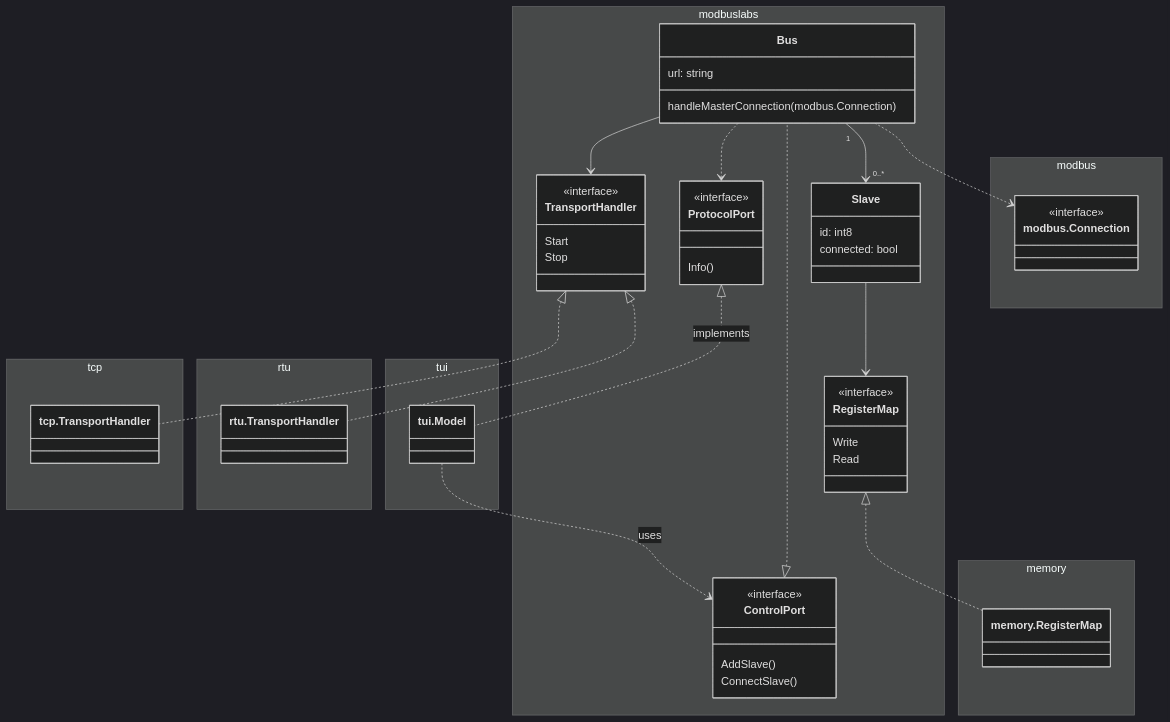
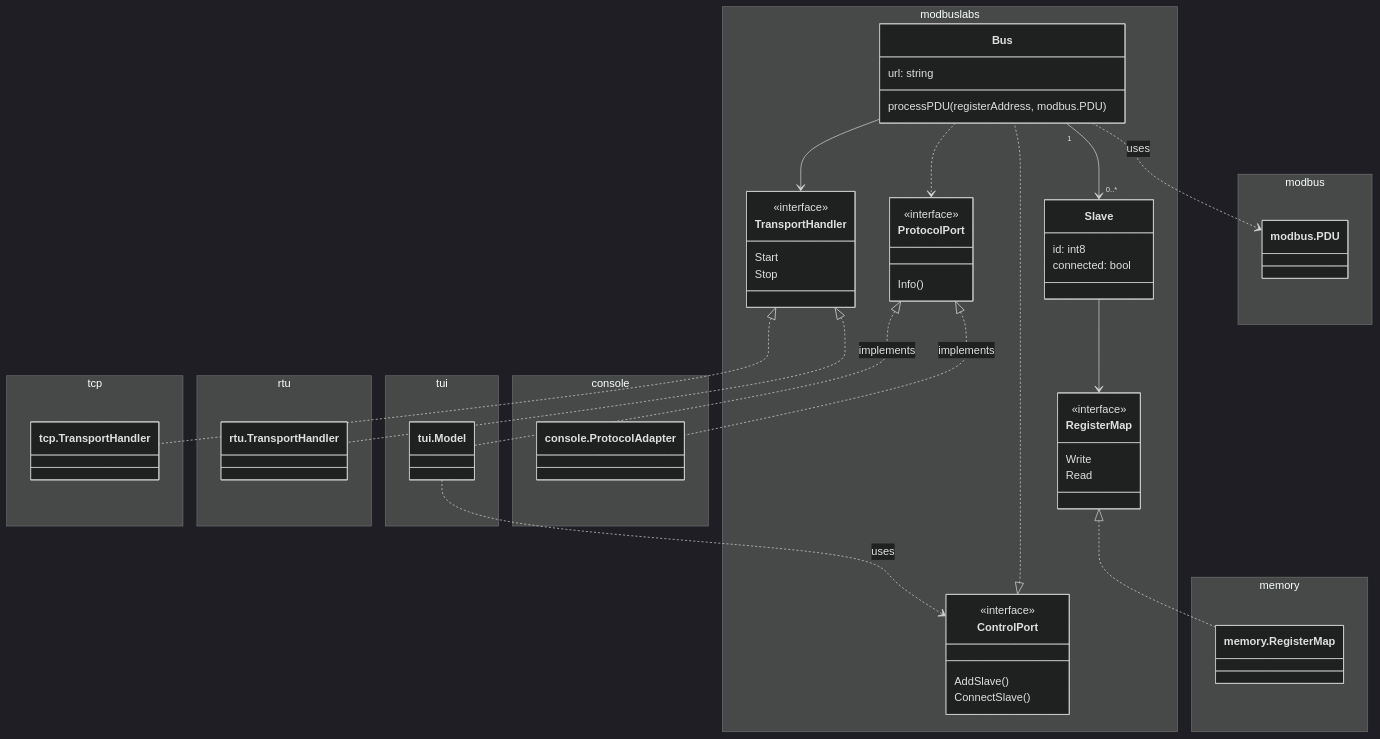
The diagram in docs/slavesim.mmd (rwirdemann/modbuslabs), drawn with Mermaid (dark theme) before and after one commit. The commit also changed 6 other files, not shown here.

Commit message:
Use protocolPort in rtu handler

```diff
--- a/docs/slavesim.mmd
+++ b/docs/slavesim.mmd
@@ -1,73 +1,77 @@
 %%| deviceScaleFactor: 4
 classDiagram
     namespace tcp {
         class tcp.TransportHandler
     }
 
     namespace rtu {
         class rtu.TransportHandler
     }
 
     namespace modbuslabs {
         class Bus {
             url: string
-            handleMasterConnection(modbus.Connection)
+            processPDU(registerAddress, modbus.PDU)
         }
 
         class Slave {
             id: int8
             connected: bool
         }
         class RegisterMap {
             <<interface>>
             Write
             Read
         }
         class TransportHandler{
             <<interface>>
             Start
             Stop
         }
 
         class ControlPort {
             <<interface>>
             AddSlave()
             ConnectSlave()
         }
 
         class ProtocolPort {
             <<interface>>
             Info()
         }
     }
 
 
     namespace modbus {
-        class modbus.Connection {
-            <<interface>>
-        }
+        class modbus.PDU
     }
 
     namespace tui {
         class tui.Model
+    }
+
+    namespace console {
+        class console.ProtocolAdapter
     }
 
     namespace memory {
         class memory.RegisterMap
     }
 
     TransportHandler <|.. tcp.TransportHandler
     TransportHandler <|.. rtu.TransportHandler
 
     Bus "1" --> "0..*" Slave
     ControlPort <|.. Bus
     Bus ..> ProtocolPort
-    Bus ..> modbus.Connection
     Bus --> TransportHandler
     Slave --> RegisterMap
+    Bus ..> modbus.PDU: uses
 
 
     tui.Model ..> ControlPort : uses
     ProtocolPort <|.. tui.Model : implements
 
+    ProtocolPort <|.. console.ProtocolAdapter: implements
+
     RegisterMap <|.. memory.RegisterMap
```
